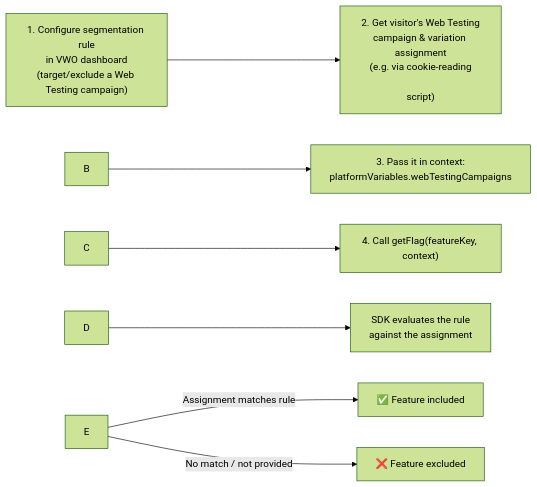
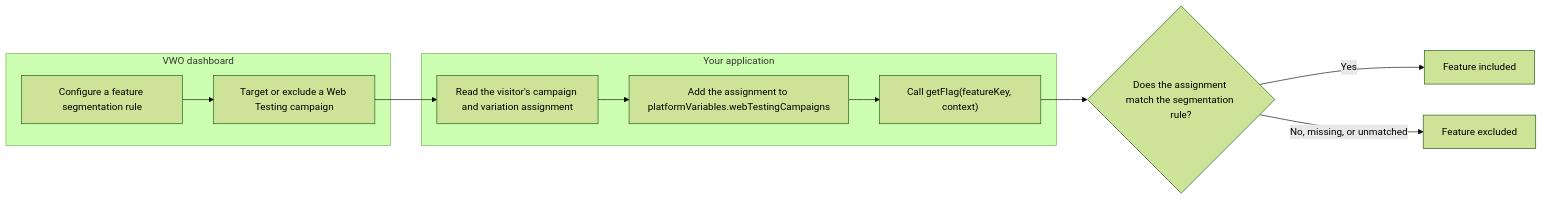
One commit to wingify/readme-central changed the first of 4 diagrams in docs/Mcp20server/delete-soon.md. Above: the diagram before and after it, drawn with Mermaid (forest theme).

Commit message:
Update doc `delete-soon`

````diff
--- a/docs/Mcp20server/delete-soon.md
+++ b/docs/Mcp20server/delete-soon.md
@@ -10,16 +10,20 @@
 ```mermaid
-flowchart LR 
-A\["1. Configure segmentation rule\nin VWO dashboard\n(target/exclude a Web Testing campaign)"] --> B\["2. Get visitor's Web Testing\ncampaign & variation assignment\n(e.g. via cookie-reading
+flowchart LR
+  subgraph Dashboard["VWO dashboard"]
+    A["Configure a feature segmentation rule"]
+    B["Target or exclude a Web Testing campaign"]
+    A --> B
+  end
 
-script)"]
+  subgraph Application["Your application"]
+    C["Read the visitor's campaign and variation assignment"]
+    D["Add the assignment to platformVariables.webTestingCampaigns"]
+    E["Call getFlag(featureKey, context)"]
+    C --> D --> E
+  end
 
-B --> C\["3. Pass it in context:\nplatformVariables.webTestingCampaigns"]
-
-C --> D\["4. Call getFlag(featureKey, context)"]
-
-D --> E\["SDK evaluates the rule\nagainst the assignment"]
-
-E -- "Assignment matches rule" --> F\["✅ Feature included"]
-
-E -- "No match / not provided" --> G\["❌ Feature excluded"]
+  B --> C
+  E --> F{"Does the assignment match the segmentation rule?"}
+  F -- "Yes" --> G["Feature included"]
+  F -- "No, missing, or unmatched" --> H["Feature excluded"]
 ```
````
